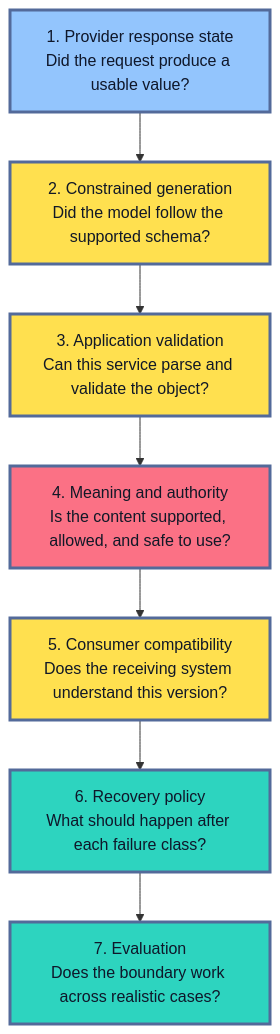
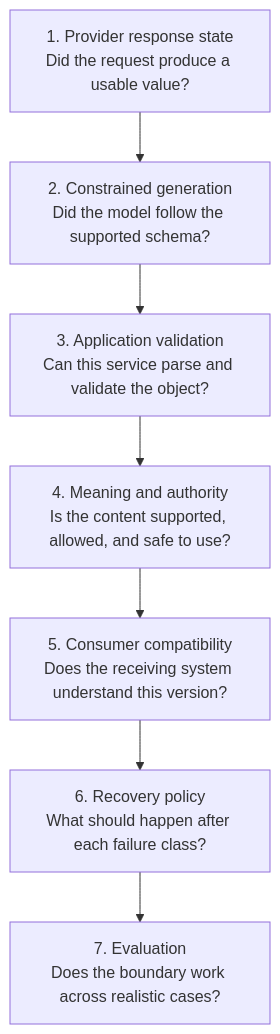
Before and after one commit to senlinyy/dev-roadmaps: the second of 9 diagrams in roadmaps/mlops/modules/llmops/llm-app-foundations/02-structured-outputs.md, drawn with Mermaid. The commit also changed other lines of this file and 152 other files, not shown here.

Commit message:
feat: mlops and diagrams updated

````diff
--- a/roadmaps/mlops/modules/llmops/llm-app-foundations/02-structured-outputs.md
+++ b/roadmaps/mlops/modules/llmops/llm-app-foundations/02-structured-outputs.md
@@ -88,18 +83,14 @@
 ```mermaid
 flowchart TD
     L1["1. Provider response state<br/>Did the request produce a usable value?"] --> L2["2. Constrained generation<br/>Did the model follow the supported schema?"]
     L2 --> L3["3. Application validation<br/>Can this service parse and validate the object?"]
     L3 --> L4["4. Meaning and authority<br/>Is the content supported, allowed, and safe to use?"]
     L4 --> L5["5. Consumer compatibility<br/>Does the receiving system understand this version?"]
     L5 --> L6["6. Recovery policy<br/>What should happen after each failure class?"]
     L6 --> L7["7. Evaluation<br/>Does the boundary work across realistic cases?"]
 
-    classDef provider fill:#93C5FD,stroke:#536A9A,stroke-width:3px,color:#0F172A
-    classDef contract fill:#FFE04F,stroke:#536A9A,stroke-width:3px,color:#111827
-    classDef safety fill:#FB7185,stroke:#536A9A,stroke-width:3px,color:#111827
-    classDef operation fill:#2DD4BF,stroke:#536A9A,stroke-width:3px,color:#0F172A
     class L1 provider
     class L2,L3,L5 contract
     class L4 safety
     class L6,L7 operation
 ```
````
